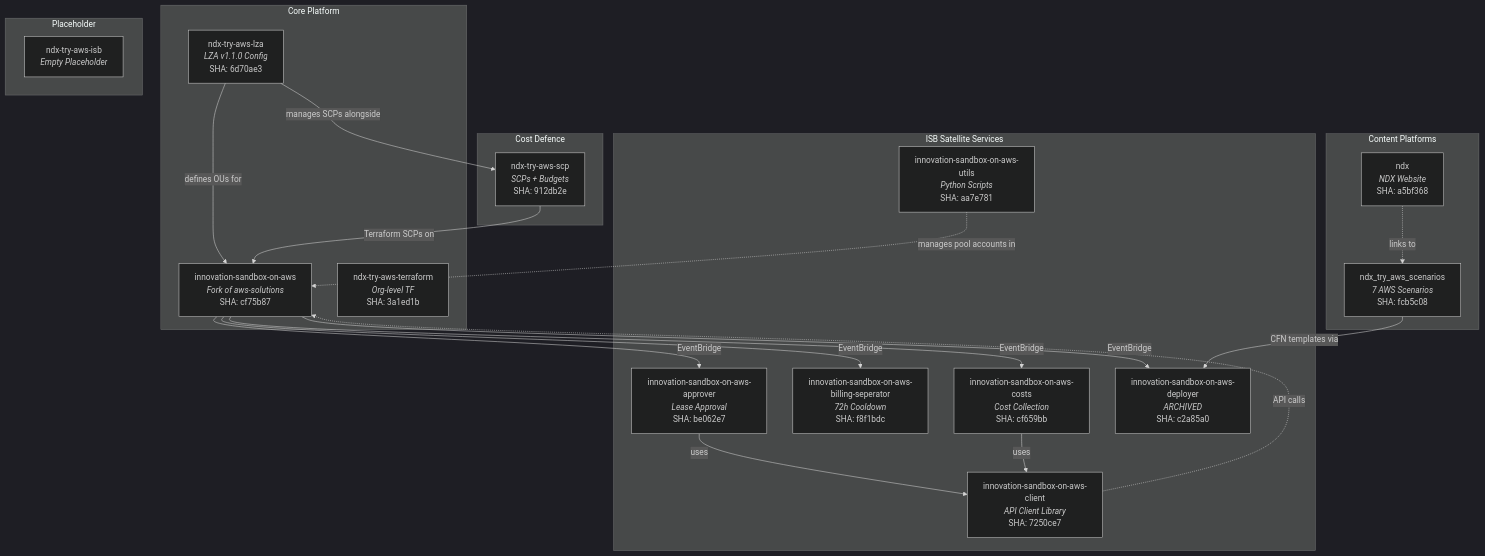
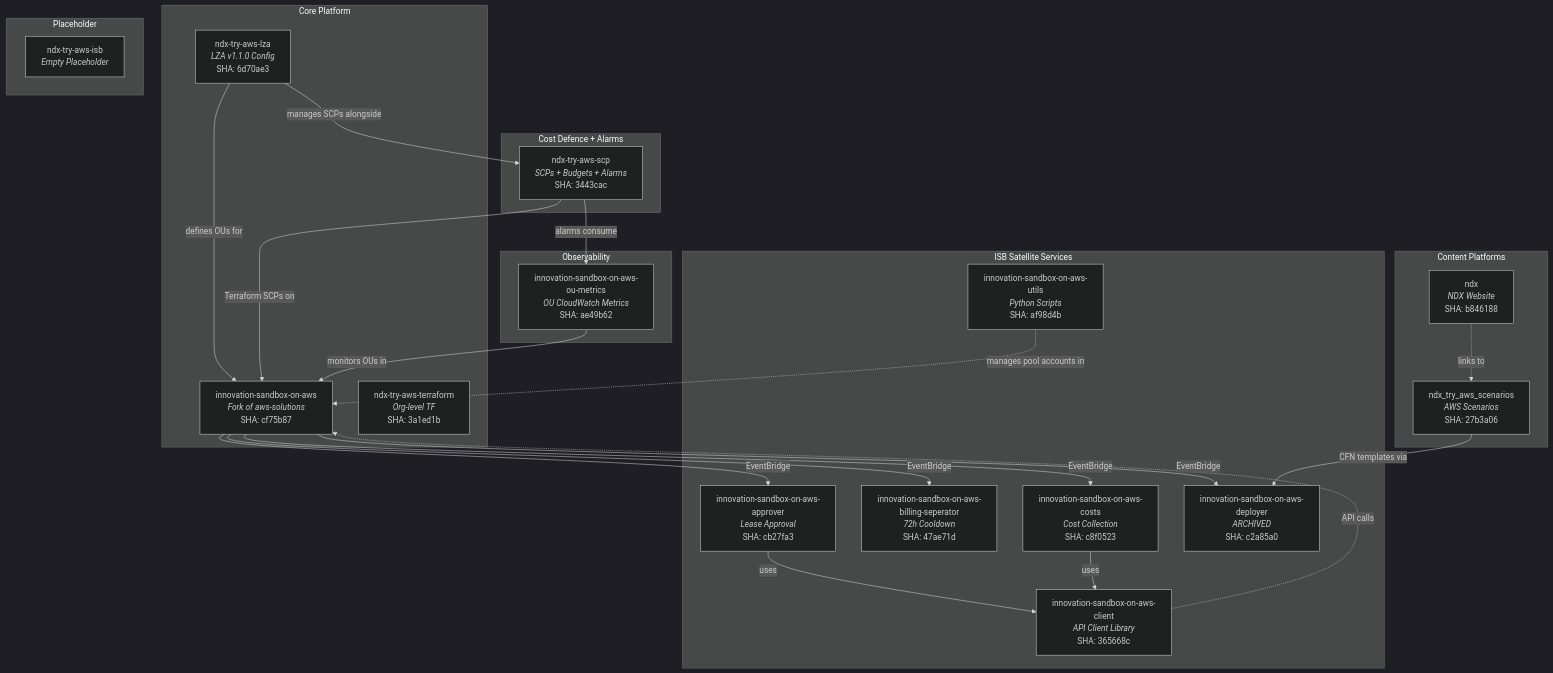
Before and after one commit to co-cddo/ndx-try-arch: the diagram in docs/00-repo-inventory.md, drawn with Mermaid (dark theme). The commit also changed other lines of this file and 34 other files, not shown here.

First line of the commit message:
docs: update NDX architecture documentation (#12)

````diff
--- a/docs/00-repo-inventory.md
+++ b/docs/00-repo-inventory.md
@@ -231,44 +248,50 @@
 ```mermaid
 flowchart TB
     subgraph core["Core Platform"]
         ISB["innovation-sandbox-on-aws<br/><i>Fork of aws-solutions</i><br/>SHA: cf75b87"]
         LZA["ndx-try-aws-lza<br/><i>LZA v1.1.0 Config</i><br/>SHA: 6d70ae3"]
         TF["ndx-try-aws-terraform<br/><i>Org-level TF</i><br/>SHA: 3a1ed1b"]
     end
 
     subgraph satellites["ISB Satellite Services"]
-        CLIENT["innovation-sandbox-on-aws-client<br/><i>API Client Library</i><br/>SHA: 7250ce7"]
-        APPROVER["innovation-sandbox-on-aws-approver<br/><i>Lease Approval</i><br/>SHA: be062e7"]
-        BILLING["innovation-sandbox-on-aws-billing-seperator<br/><i>72h Cooldown</i><br/>SHA: f8f1bdc"]
-        COSTS["innovation-sandbox-on-aws-costs<br/><i>Cost Collection</i><br/>SHA: cf659bb"]
+        CLIENT["innovation-sandbox-on-aws-client<br/><i>API Client Library</i><br/>SHA: 365668c"]
+        APPROVER["innovation-sandbox-on-aws-approver<br/><i>Lease Approval</i><br/>SHA: cb27fa3"]
+        BILLING["innovation-sandbox-on-aws-billing-seperator<br/><i>72h Cooldown</i><br/>SHA: 47ae71d"]
+        COSTS["innovation-sandbox-on-aws-costs<br/><i>Cost Collection</i><br/>SHA: c8f0523"]
         DEPLOYER["innovation-sandbox-on-aws-deployer<br/><i>ARCHIVED</i><br/>SHA: c2a85a0"]
-        UTILS["innovation-sandbox-on-aws-utils<br/><i>Python Scripts</i><br/>SHA: aa7e781"]
+        UTILS["innovation-sandbox-on-aws-utils<br/><i>Python Scripts</i><br/>SHA: af98d4b"]
+    end
+
+    subgraph observability["Observability"]
+        OUMETRICS["innovation-sandbox-on-aws-ou-metrics<br/><i>OU CloudWatch Metrics</i><br/>SHA: ae49b62"]
     end
 
     subgraph content["Content Platforms"]
-        NDX["ndx<br/><i>NDX Website</i><br/>SHA: a5bf368"]
-        SCENARIOS["ndx_try_aws_scenarios<br/><i>7 AWS Scenarios</i><br/>SHA: fcb5c08"]
+        NDX["ndx<br/><i>NDX Website</i><br/>SHA: b846188"]
+        SCENARIOS["ndx_try_aws_scenarios<br/><i>AWS Scenarios</i><br/>SHA: 27b3a06"]
     end
 
-    subgraph costdefence["Cost Defence"]
-        SCP["ndx-try-aws-scp<br/><i>SCPs + Budgets</i><br/>SHA: 912db2e"]
+    subgraph costdefence["Cost Defence + Alarms"]
+        SCP["ndx-try-aws-scp<br/><i>SCPs + Budgets + Alarms</i><br/>SHA: 3443cac"]
     end
 
     subgraph legacy["Placeholder"]
         ISB_PH["ndx-try-aws-isb<br/><i>Empty Placeholder</i>"]
     end
 
     ISB -->|EventBridge| APPROVER
     ISB -->|EventBridge| COSTS
     ISB -->|EventBridge| DEPLOYER
     ISB -->|EventBridge| BILLING
     CLIENT -.->|API calls| ISB
     APPROVER -->|uses| CLIENT
     COSTS -->|uses| CLIENT
     SCENARIOS -->|CFN templates via| DEPLOYER
     LZA -->|defines OUs for| ISB
     LZA -->|manages SCPs alongside| SCP
     SCP -->|Terraform SCPs on| ISB
+    SCP -->|alarms consume| OUMETRICS
+    OUMETRICS -->|monitors OUs in| ISB
     NDX -.->|links to| SCENARIOS
     UTILS -.->|manages pool accounts in| ISB
 ```
````
